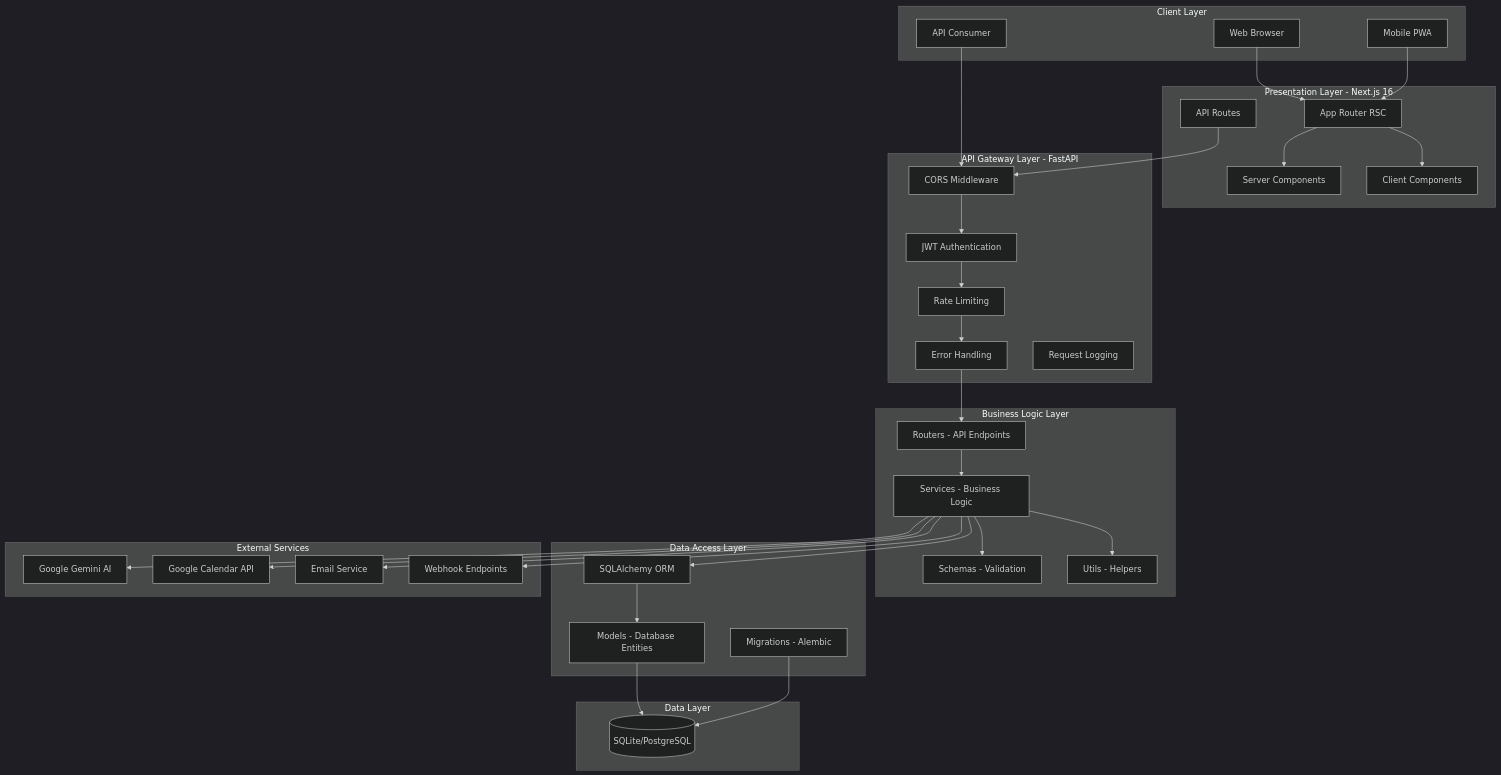
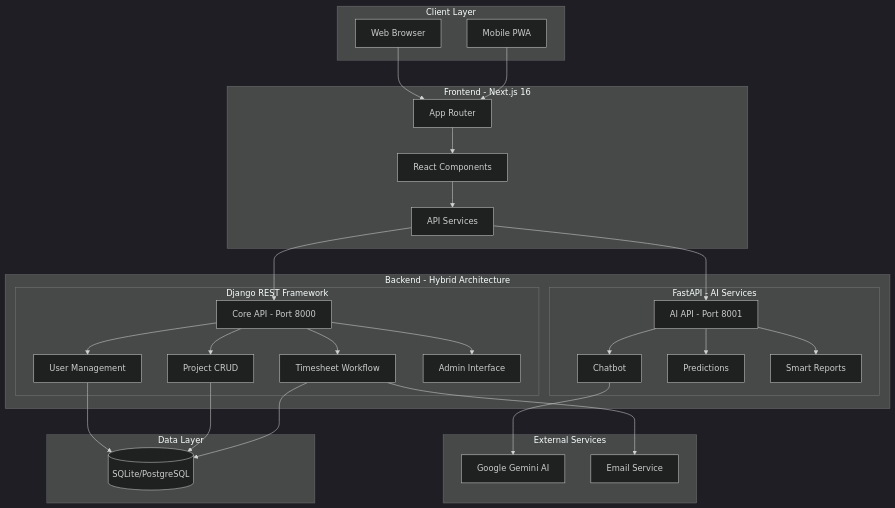
The first of 4 diagrams in architecture.md (agusain2001/timesheet), drawn with Mermaid (dark theme) before and after one commit. The commit also changed other lines of this file and 102 other files, not shown here.

First line of the commit message:
Migrate backend from FastAPI to Django REST Framework

````diff
--- a/architecture.md
+++ b/architecture.md
@@ -13,74 +13,63 @@
 ```mermaid
 graph TB
     subgraph "Client Layer"
         A1[Web Browser]
         A2[Mobile PWA]
-        A3[API Consumer]
     end
     
-    subgraph "Presentation Layer - Next.js 16"
-        B1[App Router RSC]
-        B2[Server Components]
-        B3[Client Components]
-        B4[API Routes]
+    subgraph "Frontend - Next.js 16"
+        B1[App Router]
+        B2[React Components]
+        B3[API Services]
     end
     
-    subgraph "API Gateway Layer - FastAPI"
-        C1[CORS Middleware]
-        C2[JWT Authentication]
-        C3[Rate Limiting]
-        C4[Error Handling]
-        C5[Request Logging]
+    subgraph "Backend - Hybrid Architecture"
+        subgraph "Django REST Framework"
+            C1[Core API - Port 8000]
+            C2[User Management]
+            C3[Project CRUD]
+            C4[Timesheet Workflow]
+            C5[Admin Interface]
+        end
+        
+        subgraph "FastAPI - AI Services"
+            D1[AI API - Port 8001]
+            D2[Chatbot]
+            D3[Predictions]
+            D4[Smart Reports]
+        end
     end
     
-    subgraph "Business Logic Layer"
-        D1[Routers - API Endpoints]
-        D2[Services - Business Logic]
-        D3[Schemas - Validation]
-        D4[Utils - Helpers]
-    end
-    
-    subgraph "Data Access Layer"
-        E1[SQLAlchemy ORM]
-        E2[Models - Database Entities]
-        E3[Migrations - Alembic]
+    subgraph "External Services"
+        E1[Google Gemini AI]
+        E2[Email Service]
     end
     
     subgraph "Data Layer"
         F1[(SQLite/PostgreSQL)]
     end
     
-    subgraph "External Services"
-        G1[Google Gemini AI]
-        G2[Google Calendar API]
-        G3[Email Service]
-        G4[Webhook Endpoints]
-    end
-    
     A1 --> B1
     A2 --> B1
-    A3 --> C1
     
     B1 --> B2
-    B1 --> B3
-    B4 --> C1
+    B2 --> B3
+    B3 --> C1
+    B3 --> D1
     
     C1 --> C2
-    C2 --> C3
-    C3 --> C4
-    C4 --> D1
+    C1 --> C3
+    C1 --> C4
+    C1 --> C5
     
     D1 --> D2
-    D2 --> D3
-    D2 --> D4
+    D1 --> D3
+    D1 --> D4
+    
     D2 --> E1
+    C4 --> E2
     
-    E1 --> E2
-    E2 --> F1
-    E3 --> F1
-    
-    D2 --> G1
-    D2 --> G2
-    D2 --> G3
-    D2 --> G4
+    C2 --> F1
+    C3 --> F1
+    C4 --> F1
 ```
````
